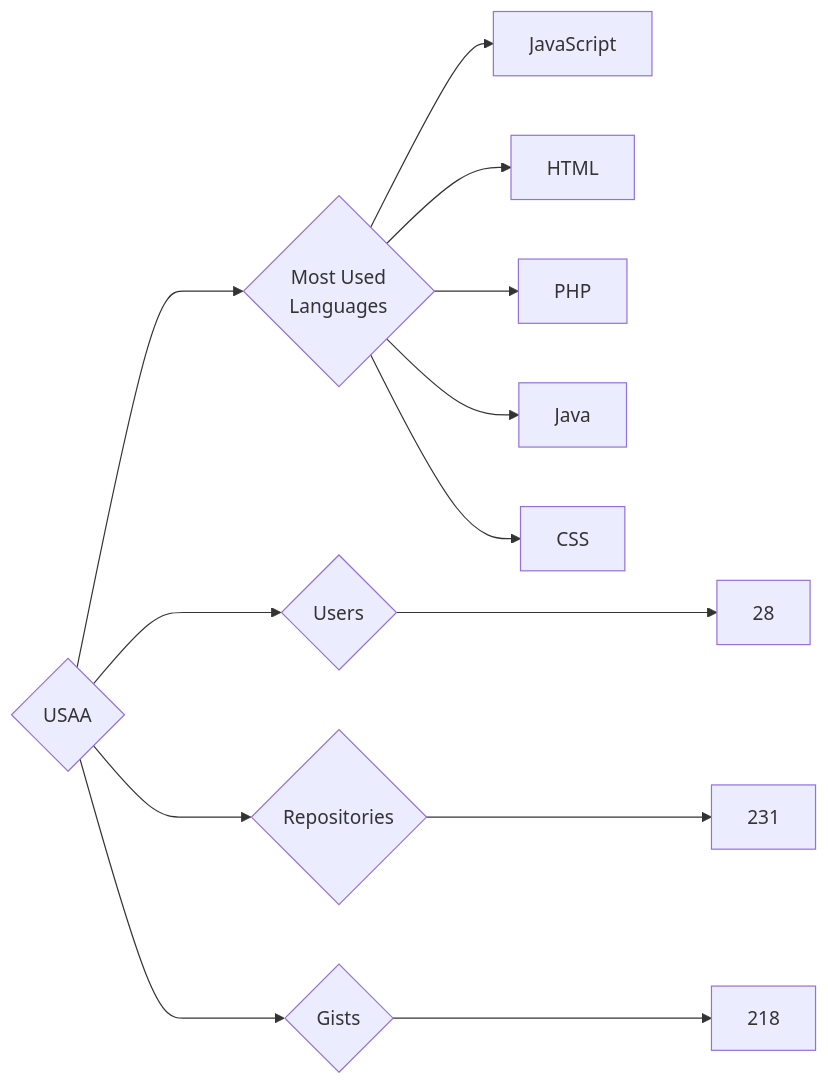
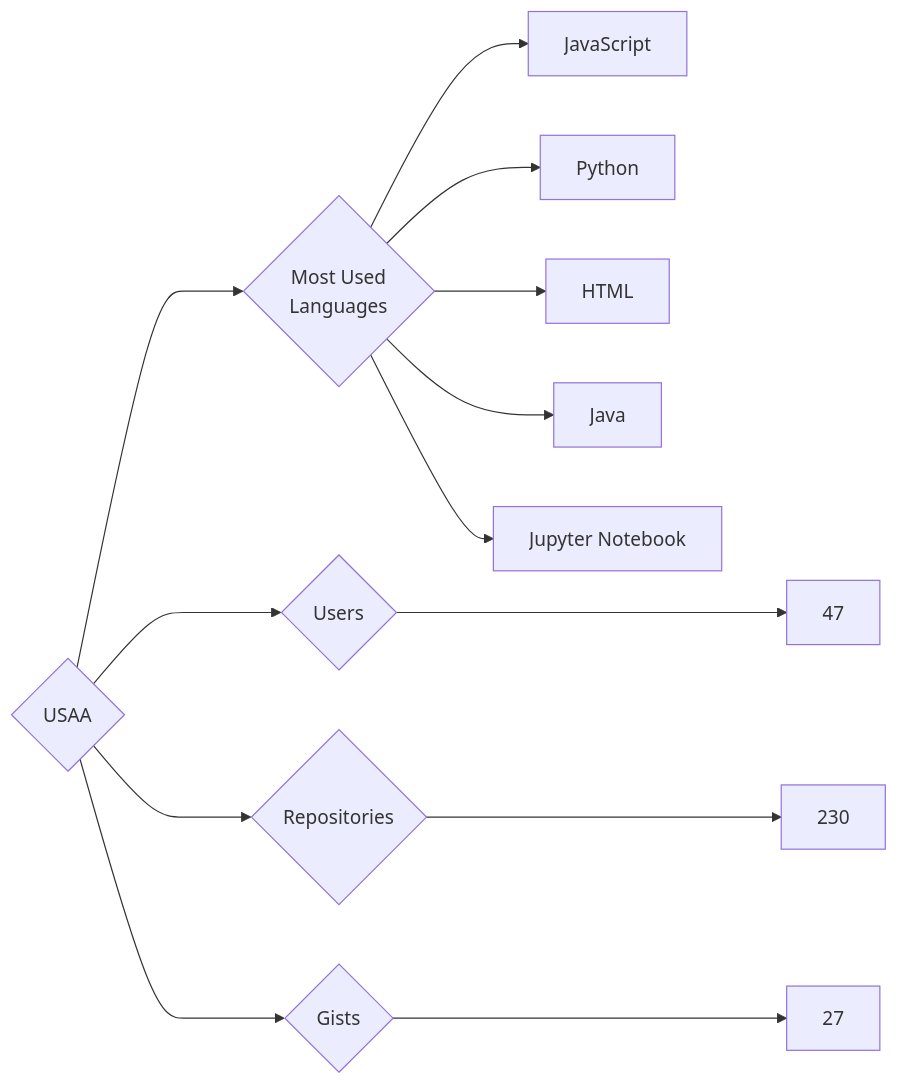
One commit to trickest/insiders changed the diagram in targets/USAA/README.md. Above: the diagram before and after it, drawn with Mermaid. The commit also changed 796 other files, not shown here.

````diff
--- a/targets/USAA/README.md
+++ b/targets/USAA/README.md
@@ -3,13 +3,13 @@
 ```mermaid
 graph LR
 COMPANY_NAME{USAA}
-COMPANY_NAME ---> U{Users} ---> UN[28]
-COMPANY_NAME ---> R{Repositories} ---> RN[231]
-COMPANY_NAME ---> G{Gists} ---> GN[218]
+COMPANY_NAME ---> U{Users} ---> UN[47]
+COMPANY_NAME ---> R{Repositories} ---> RN[230]
+COMPANY_NAME ---> G{Gists} ---> GN[27]
 COMPANY_NAME ---> ML{Most Used<br>Languages}
 ML --> JavaScript[JavaScript]
+ML --> Python[Python]
 ML --> HTML[HTML]
-ML --> PHP[PHP]
 ML --> Java[Java]
-ML --> CSS[CSS]
+ML --> Jupyter_Notebook[Jupyter Notebook]
 ```
````
